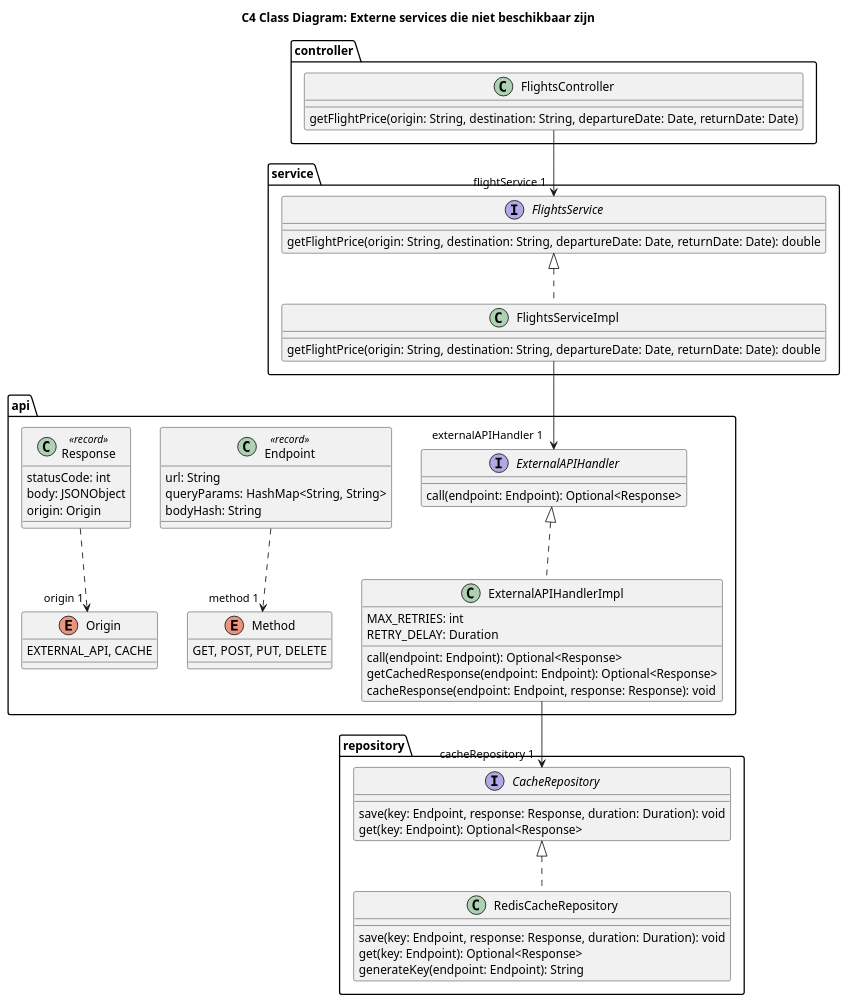
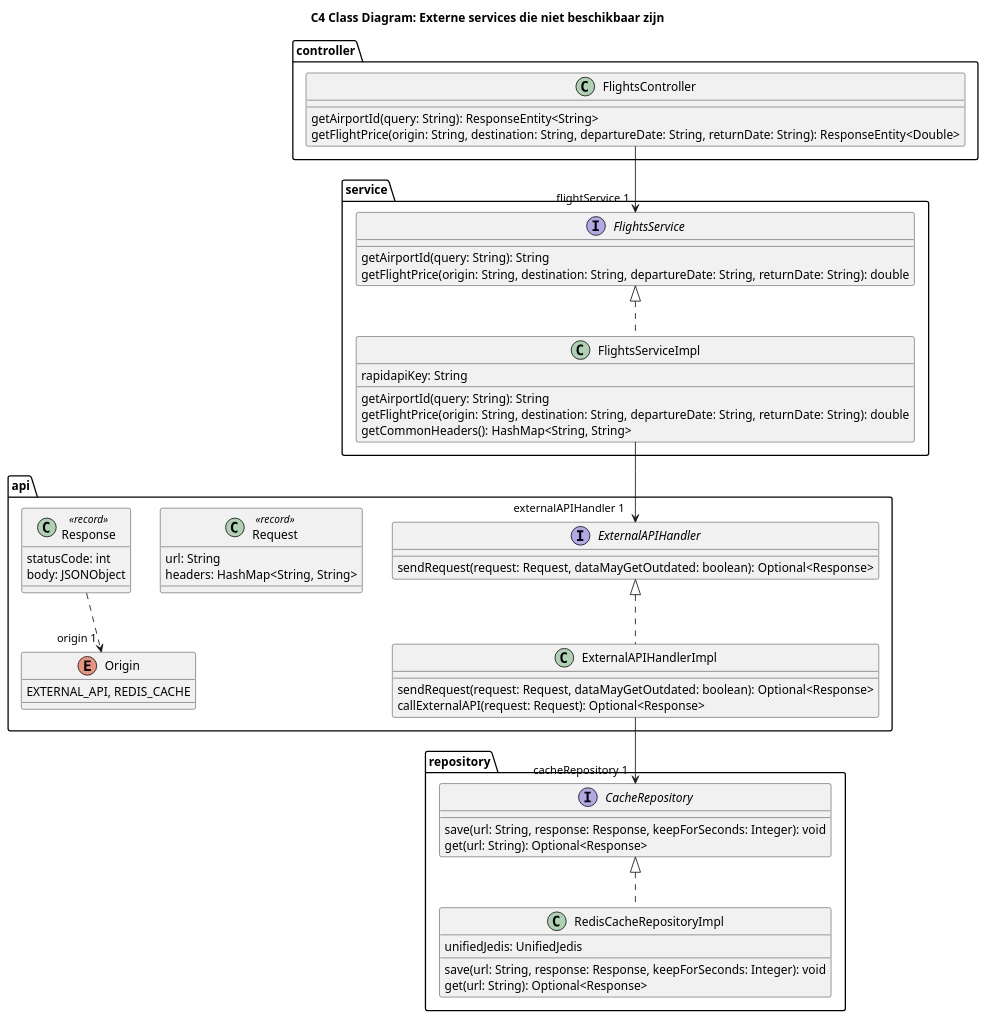
Before and after one commit to AIM-ENE-feb25/triptop-groep-4-jochem-roald-stijn-a: the diagram in software-guidebook/sgb-bestanden/ontwerpvragen/Fault Tolerance - class diagram.puml, drawn with PlantUML.

Commit message:
class diagram up-to-date gemaakt

```diff
--- a/software-guidebook/sgb-bestanden/ontwerpvragen/Fault Tolerance - class diagram.puml
+++ b/software-guidebook/sgb-bestanden/ontwerpvragen/Fault Tolerance - class diagram.puml
@@ -1,81 +1,93 @@
 @startuml
 title C4 Class Diagram: Externe services die niet beschikbaar zijn
 
 'hide circle
 'skinparam linetype ortho
 
 top to bottom direction
 
 package "controller" {
     class FlightsController {
-        getFlightPrice(origin: String, destination: String, departureDate: Date, returnDate: Date)
+        getAirportId(query: String): ResponseEntity<String>
+        getFlightPrice(origin: String, destination: String, departureDate: String, returnDate: String): ResponseEntity<Double>
     }
 }
 
 package "service" {
     interface FlightsService {
-        getFlightPrice(origin: String, destination: String, departureDate: Date, returnDate: Date): double
+        getAirportId(query: String): String
+        getFlightPrice(origin: String, destination: String, departureDate: String, returnDate: String): double
     }
 
     class FlightsServiceImpl {
-        getFlightPrice(origin: String, destination: String, departureDate: Date, returnDate: Date): double
+        rapidapiKey: String
+        getAirportId(query: String): String
+        getFlightPrice(origin: String, destination: String, departureDate: String, returnDate: String): double
+        getCommonHeaders(): HashMap<String, String>
     }
 }
 
 package "api" {
     interface ExternalAPIHandler {
-        call(endpoint: Endpoint): Optional<Response>
+        sendRequest(request: Request, dataMayGetOutdated: boolean): Optional<Response>
     }
 
     class ExternalAPIHandlerImpl {
-        MAX_RETRIES: int
-        RETRY_DELAY: Duration
-        call(endpoint: Endpoint): Optional<Response>
-        getCachedResponse(endpoint: Endpoint): Optional<Response>
-        cacheResponse(endpoint: Endpoint, response: Response): void
+        sendRequest(request: Request, dataMayGetOutdated: boolean): Optional<Response>
+        callExternalAPI(request: Request): Optional<Response>
     }
 
-    class Endpoint <<record>> {
+    class Request <<record>> {
         url: String
-        queryParams: HashMap<String, String>
-        bodyHash: String
-    }
-
-    enum Method {
-        GET, POST, PUT, DELETE
+        headers: HashMap<String, String>
     }
 
     class Response <<record>> {
         statusCode: int
         body: JSONObject
-        origin: Origin
     }
 
     enum Origin {
-        EXTERNAL_API, CACHE
+        EXTERNAL_API, REDIS_CACHE
     }
 }
 
 package "repository" {
     interface CacheRepository {
-        save(key: Endpoint, response: Response, duration: Duration): void
-        get(key: Endpoint): Optional<Response>
+        save(url: String, response: Response, keepForSeconds: Integer): void
+        get(url: String): Optional<Response>
     }
 
-    class RedisCacheRepository {
-        save(key: Endpoint, response: Response, duration: Duration): void
-        get(key: Endpoint): Optional<Response>
-        generateKey(endpoint: Endpoint): String
+    class RedisCacheRepositoryImpl {
+        unifiedJedis: UnifiedJedis
+        save(url: String, response: Response, keepForSeconds: Integer): void
+        get(url: String): Optional<Response>
     }
 }
+
+' package "exception" {
+'     class GlobalExceptionHandler {
+'         handleNotImplementedException(e: NotImplementedException): ResponseEntity<String>
+'         handleNotFoundException(e: NotFoundException): ResponseEntity<String>
+'         handleRequestFailedException(e: RequestFailedException): ResponseEntity<String>
+'     }
+
+'     class NotFoundException {
+'     }
+
+'     class NotImplementedException {
+'     }
+
+'     class RequestFailedException {
+'     }
+' }
 
 FlightsController --> "flightService 1" FlightsService
 FlightsServiceImpl .u.|> FlightsService
 FlightsServiceImpl --> "externalAPIHandler 1" ExternalAPIHandler
 ExternalAPIHandlerImpl .u.|> ExternalAPIHandler
 ExternalAPIHandlerImpl --> "cacheRepository 1" CacheRepository
-RedisCacheRepository .u.|> CacheRepository
-Endpoint ..> "method 1" Method
+RedisCacheRepositoryImpl .u.|> CacheRepository
 Response ..> "origin 1" Origin
 
 @enduml
```
